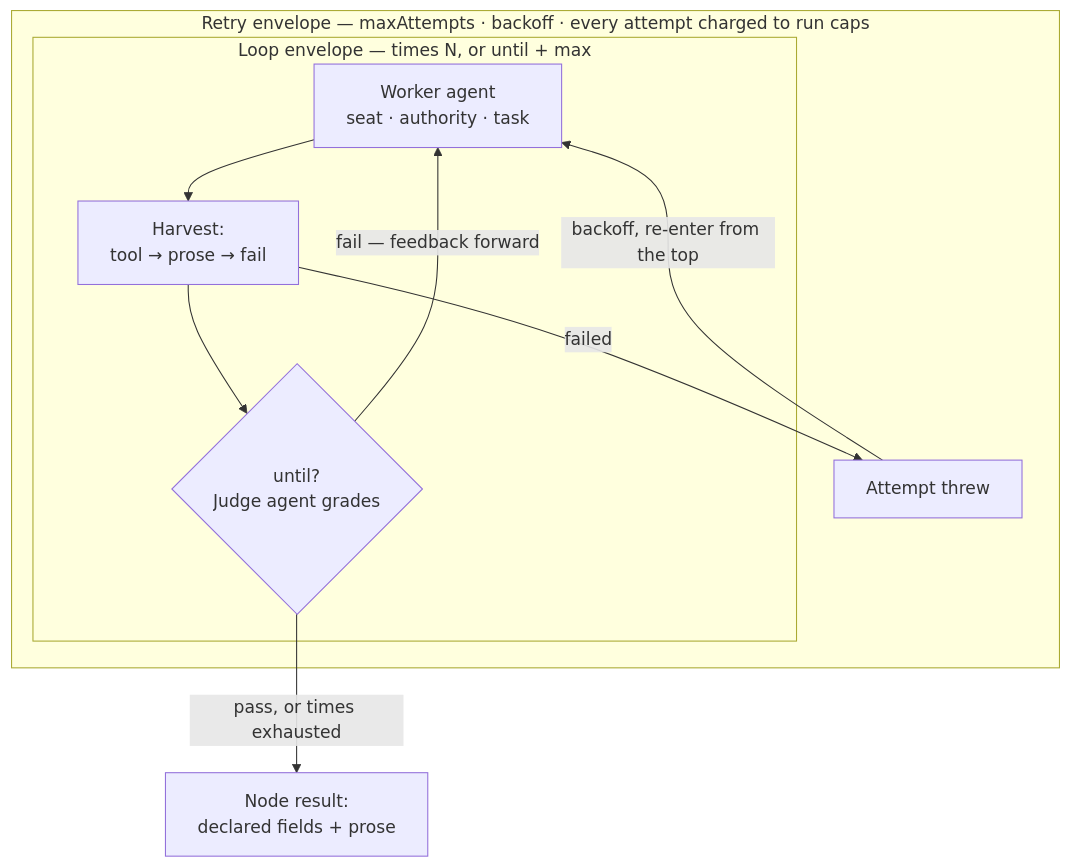
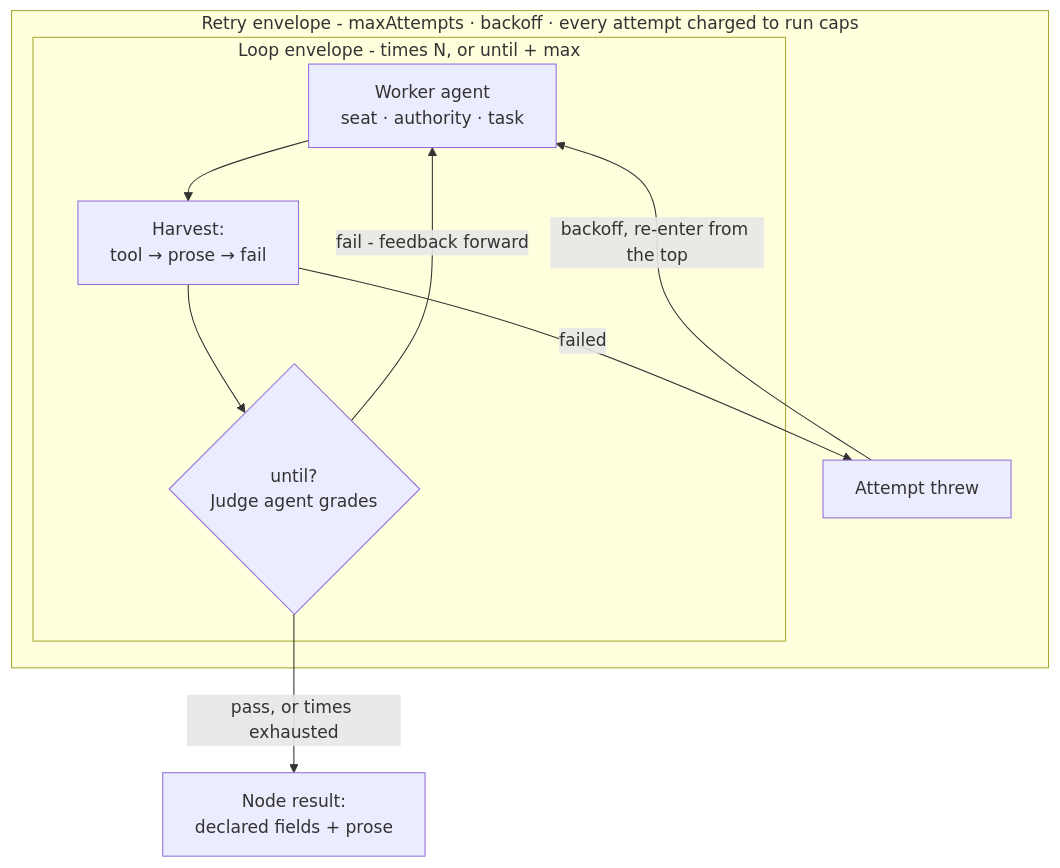
One commit to Draek2077/otto-code changed the fourth of 4 diagrams in archdocs/pages/14-orchestration-graphs.adoc. Above: the diagram before and after it, drawn with Mermaid. The commit also changed other lines of this file and 1623 other files, not shown here.

```diff
--- a/archdocs/pages/14-orchestration-graphs.adoc
+++ b/archdocs/pages/14-orchestration-graphs.adoc
@@ -246,14 +246,14 @@
 [mermaid]
 ----
 flowchart TB
-    subgraph RETRY["Retry envelope — maxAttempts · backoff · every attempt charged to run caps"]
-        subgraph LOOP["Loop envelope — times N, or until + max"]
+    subgraph RETRY["Retry envelope - maxAttempts · backoff · every attempt charged to run caps"]
+        subgraph LOOP["Loop envelope - times N, or until + max"]
             W["Worker agent<br/>seat · authority · task"] --> H["Harvest:<br/>tool → prose → fail"]
             H --> J{"until?<br/>Judge agent grades"}
-            J -->|"fail — feedback forward"| W
+            J -->|"fail - feedback forward"| W
         end
         F["Attempt threw"] -->|"backoff, re-enter from the top"| W
     end
     H -->|"failed"| F
     J -->|"pass, or times exhausted"| OUT["Node result:<br/>declared fields + prose"]
 ----
```
